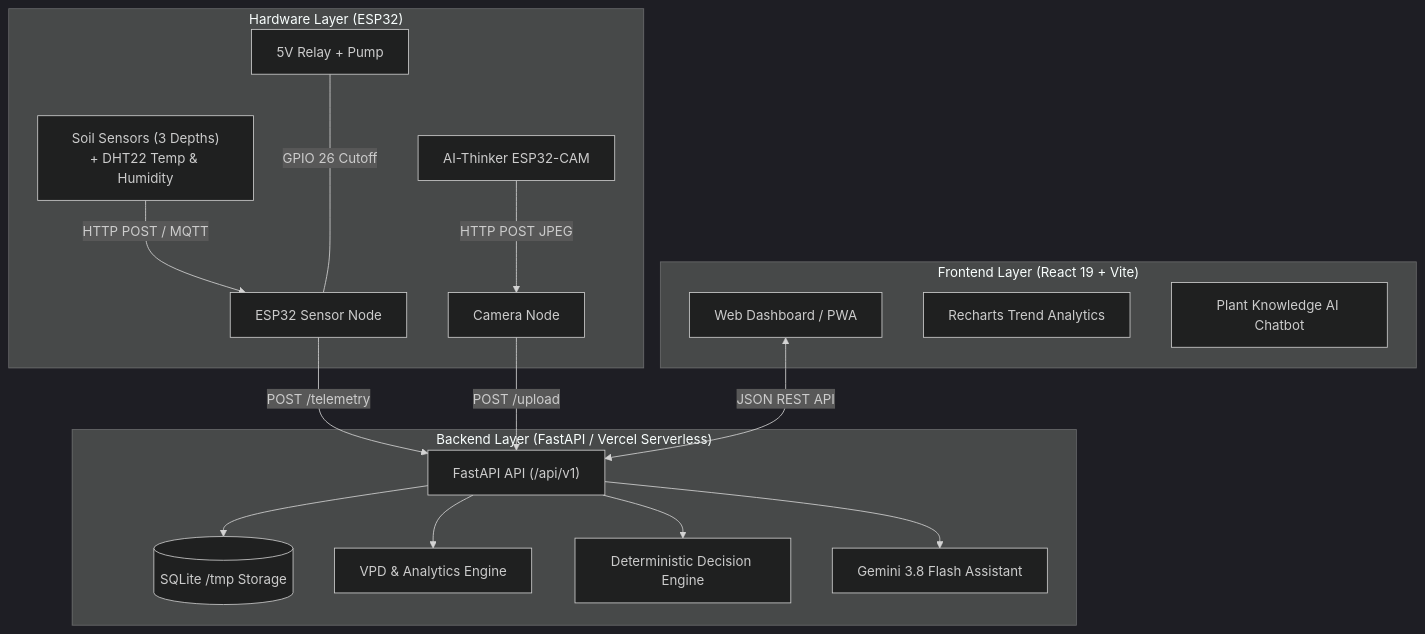
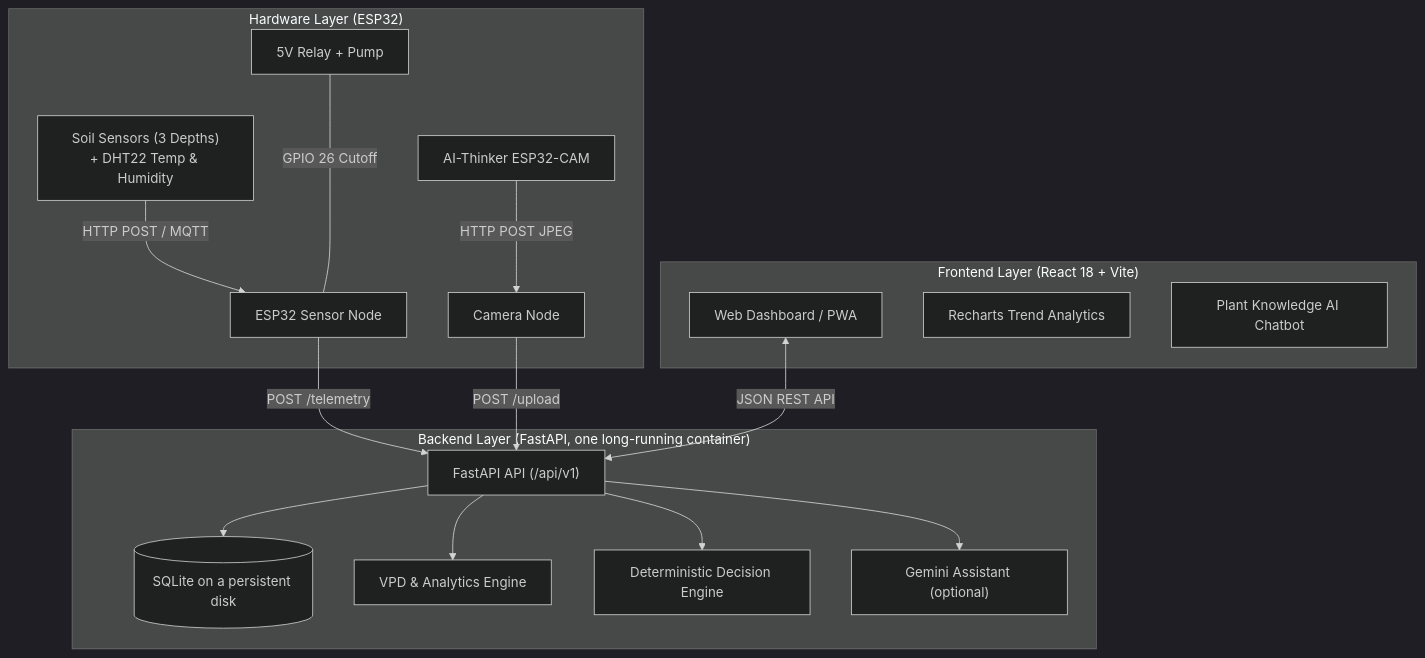
The diagram in README.md (Null-Byte-Team/Greetopia), drawn with Mermaid (dark theme) before and after one commit. The commit also changed other lines of this file and 66 other files, not shown here.

````diff
--- a/README.md
+++ b/README.md
@@ -33,31 +31,31 @@
 ```mermaid
 graph TD
     subgraph Hardware ["Hardware Layer (ESP32)"]
         Sensors["Soil Sensors (3 Depths)<br/>+ DHT22 Temp & Humidity"] --> |HTTP POST / MQTT| ESP32["ESP32 Sensor Node"]
         Camera["AI-Thinker ESP32-CAM"] --> |HTTP POST JPEG| CAM["Camera Node"]
         Relay["5V Relay + Pump"] <--- |GPIO 26 Cutoff| ESP32
     end
 
-    subgraph Backend ["Backend Layer (FastAPI / Vercel Serverless)"]
+    subgraph Backend ["Backend Layer (FastAPI, one long-running container)"]
         API["FastAPI API (/api/v1)"]
-        DB[(SQLite /tmp Storage)]
+        DB[(SQLite on a persistent disk)]
         VPD["VPD & Analytics Engine"]
         Engine["Deterministic Decision Engine"]
-        AI["Gemini 3.8 Flash Assistant"]
+        AI["Gemini Assistant (optional)"]
         
         ESP32 -->|POST /telemetry| API
         CAM -->|POST /upload| API
         API --> DB
         API --> VPD
         API --> Engine
         API --> AI
     end
 
-    subgraph Frontend ["Frontend Layer (React 19 + Vite)"]
+    subgraph Frontend ["Frontend Layer (React 18 + Vite)"]
         UI["Web Dashboard / PWA"]
         Charts["Recharts Trend Analytics"]
         Chat["Plant Knowledge AI Chatbot"]
         
         UI <-->|JSON REST API| API
     end
 ```
````
